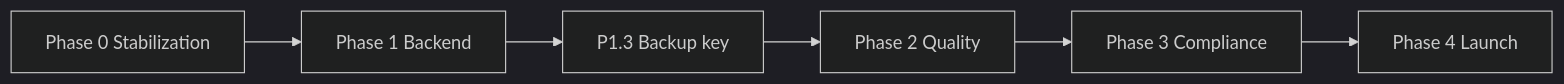
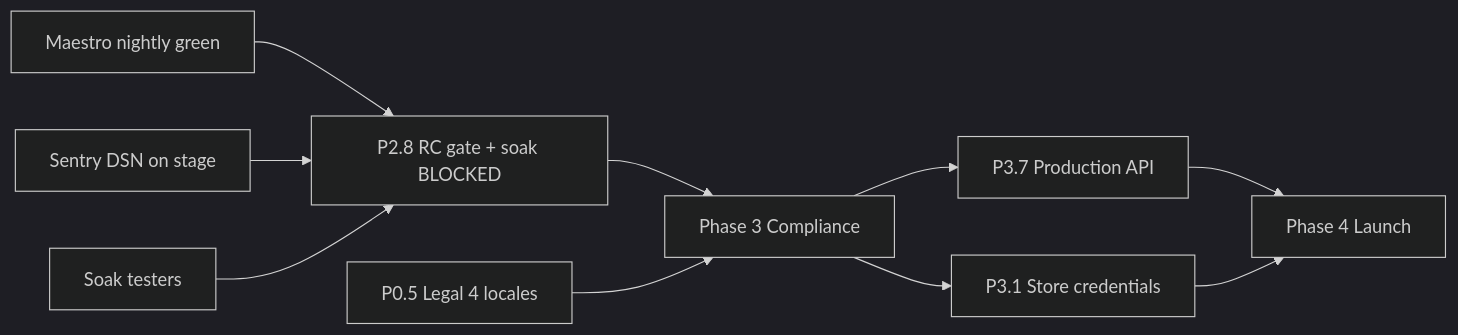
Before and after one commit to zuevfoton-art/AllerGuide: the second of 2 diagrams in docs/roadmap-to-prod.md, drawn with Mermaid (dark theme). The commit also changed other lines of this file and 3 other files, not shown here.

First line of the commit message:
docs: refresh roadmap against current state and add next steps

````diff
--- a/docs/roadmap-to-prod.md
+++ b/docs/roadmap-to-prod.md
@@ -259,8 +268,12 @@
 ```mermaid
 flowchart LR
-  P0[Phase 0 Stabilization] --> P1[Phase 1 Backend]
-  P1 --> P1_3[P1.3 Backup key]
-  P1_3 --> P2[Phase 2 Quality]
-  P2 --> P3[Phase 3 Compliance]
-  P3 --> P4[Phase 4 Launch]
+  P2_8[P2.8 RC gate + soak BLOCKED] --> P3[Phase 3 Compliance]
+  M[Maestro nightly green] --> P2_8
+  S[Sentry DSN on stage] --> P2_8
+  T[Soak testers] --> P2_8
+  P3 --> P37[P3.7 Production API]
+  P3 --> P31[P3.1 Store credentials]
+  P0_5[P0.5 Legal 4 locales] --> P3
+  P37 --> P4[Phase 4 Launch]
+  P31 --> P4
 ```
````
